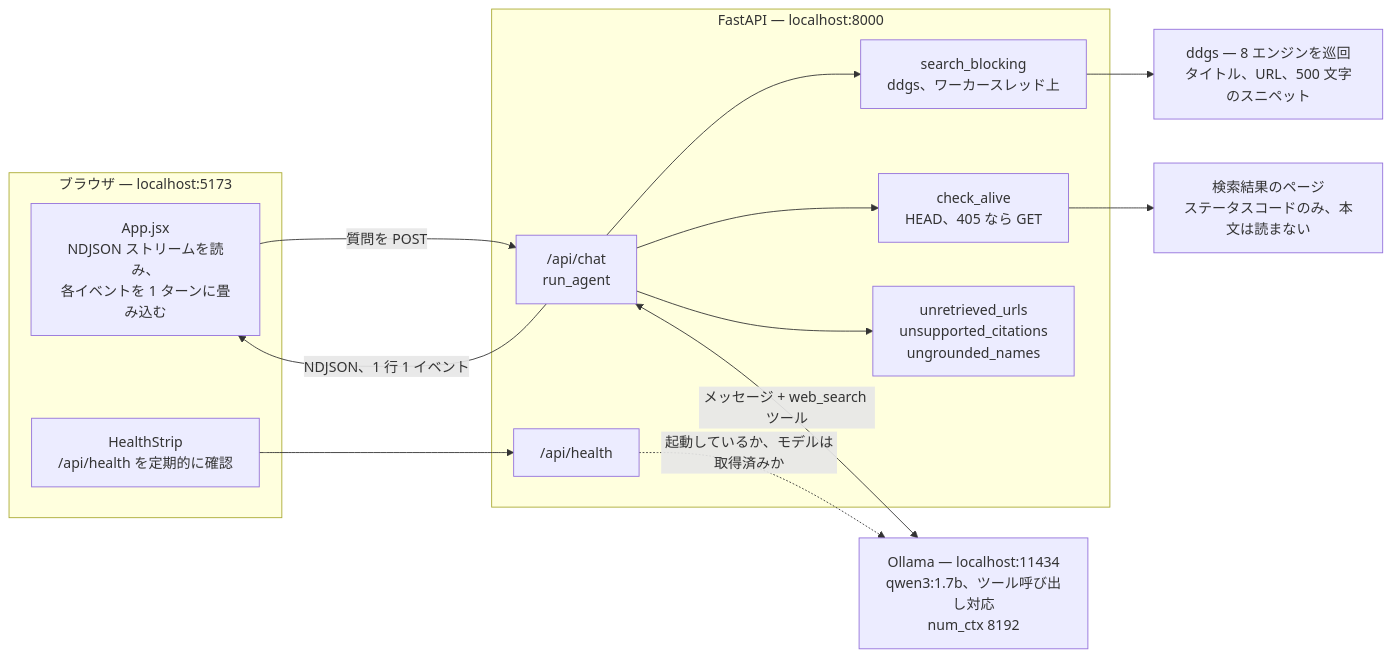
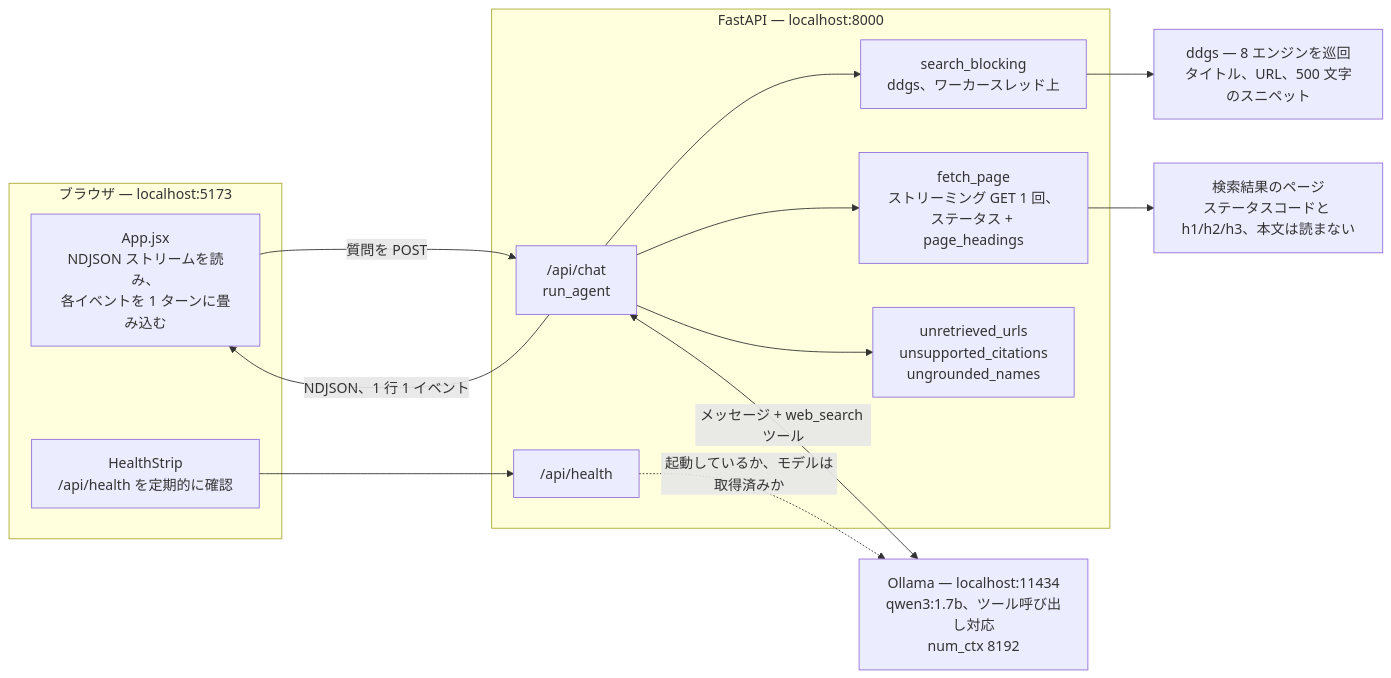
One commit to leopaul29/local-ai-agent-search changed the third of 4 diagrams in ARCHITECTURE.md. Above: the diagram before and after it, drawn with Mermaid. The commit also changed other lines of this file and 4 other files, not shown here.

````diff
--- a/ARCHITECTURE.md
+++ b/ARCHITECTURE.md
@@ -98,32 +98,32 @@
 ```mermaid
 flowchart LR
     subgraph browser["ブラウザ — localhost:5173"]
         App["App.jsx<br/>NDJSON ストリームを読み、<br/>各イベントを 1 ターンに畳み込む"]
         Strip["HealthStrip<br/>/api/health を定期的に確認"]
     end
 
     subgraph backend["FastAPI — localhost:8000"]
         Chat["/api/chat<br/>run_agent"]
         Api["/api/health"]
         Search["search_blocking<br/>ddgs、ワーカースレッド上"]
-        Check["check_alive<br/>HEAD、405 なら GET"]
+        Check["fetch_page<br/>ストリーミング GET 1 回、<br/>ステータス + page_headings"]
         Verify["unretrieved_urls<br/>unsupported_citations<br/>ungrounded_names"]
     end
 
     Ollama["Ollama — localhost:11434<br/>qwen3:1.7b、ツール呼び出し対応<br/>num_ctx 8192"]
     DDG["ddgs — 8 エンジンを巡回<br/>タイトル、URL、500 文字のスニペット"]
-    Pages["検索結果のページ<br/>ステータスコードのみ、本文は読まない"]
+    Pages["検索結果のページ<br/>ステータスコードと h1/h2/h3、本文は読まない"]
 
     App -->|"質問を POST"| Chat
     Chat -->|"NDJSON、1 行 1 イベント"| App
     Strip --> Api
 
     Chat <-->|"メッセージ + web_search ツール"| Ollama
     Chat --> Search
     Search --> DDG
     Chat --> Check
     Check --> Pages
     Chat --> Verify
 
     Api -.->|"起動しているか、モデルは取得済みか"| Ollama
 ```
````
